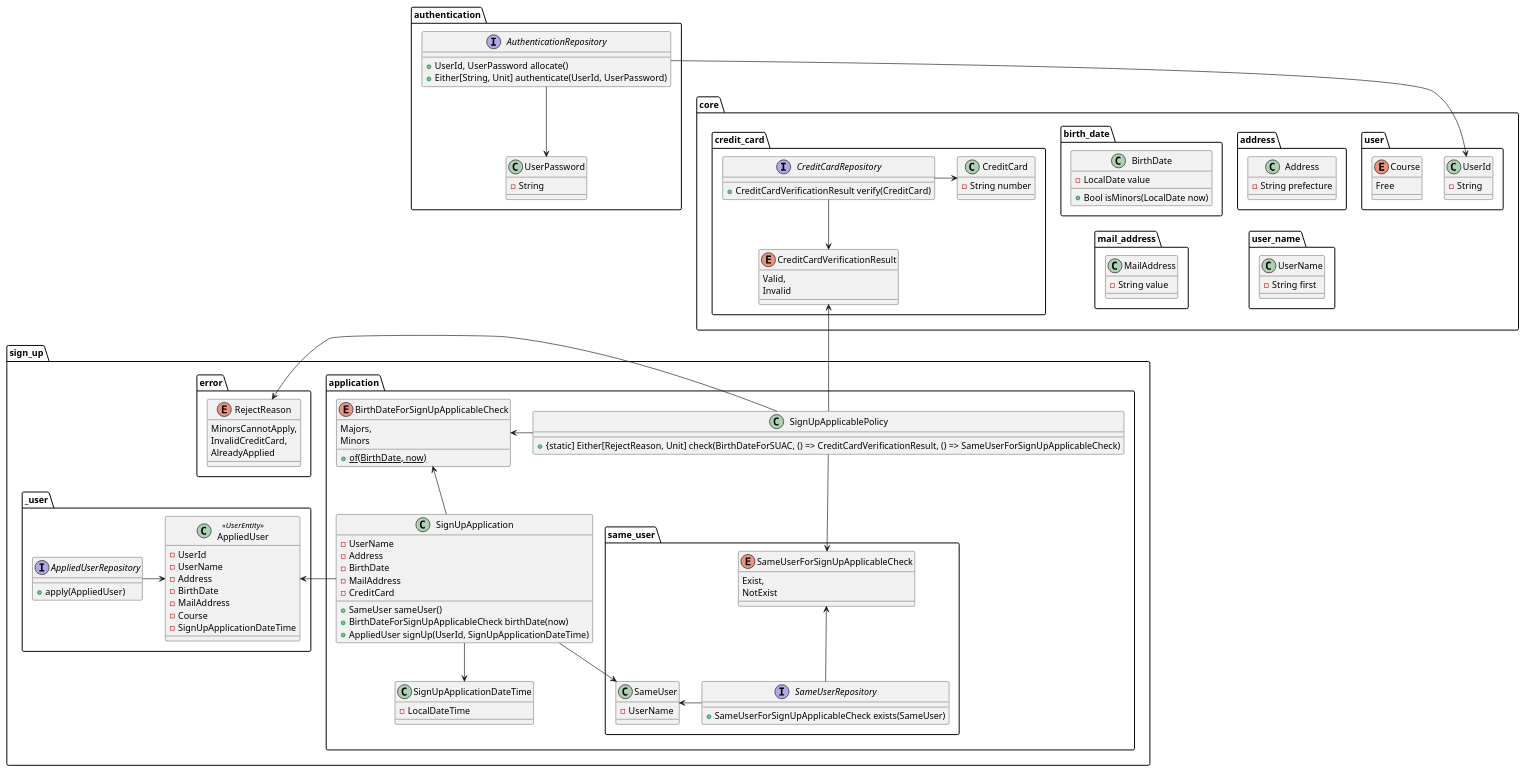
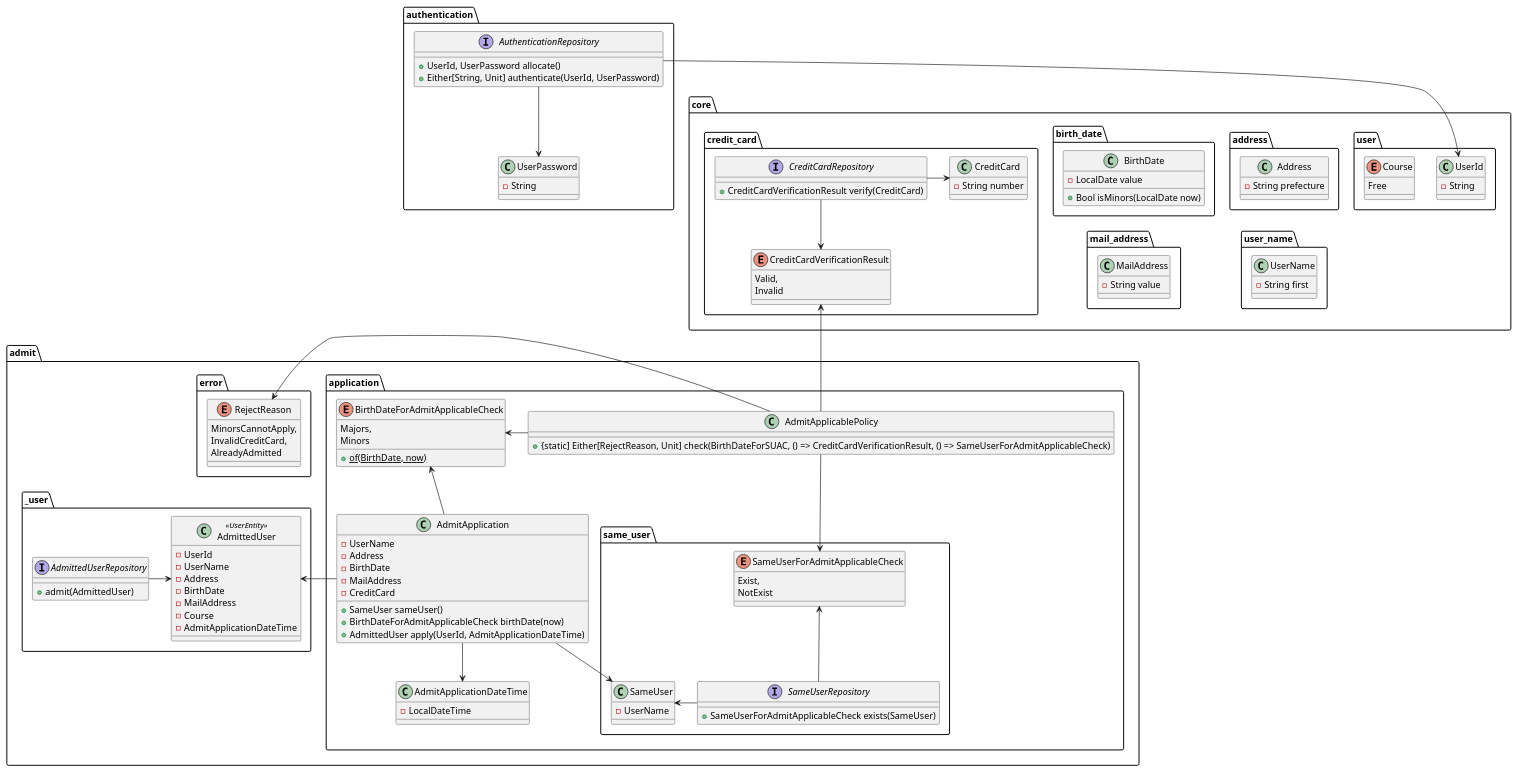
The diagram in 2017-10-scala/model/sign-up/application/domain.puml (suzuki-hoge/ddd-trial), drawn with PlantUML before and after one commit. The commit also changed 30 other files, not shown here.

```diff
--- a/2017-10-scala/model/sign-up/application/domain.puml
+++ b/2017-10-scala/model/sign-up/application/domain.puml
@@ -1,132 +1,132 @@
 @startuml
 
 package core {
   package user {
     class UserId {
       - String
     }
     enum Course {
       Free
     }
   }
   package user_name {
     class UserName {
       - String first
     }
   }
   package address {
     class Address {
       - String prefecture
     }
   }
   package birth_date {
     class BirthDate {
       - LocalDate value
       + Bool isMinors(LocalDate now)
     }
   }
   package mail_address {
     class MailAddress {
       - String value
     }
   }
   package credit_card {
     class CreditCard {
       - String number
     }
     enum CreditCardVerificationResult {
       Valid,
       Invalid
     }
     interface CreditCardRepository {
       + CreditCardVerificationResult verify(CreditCard)
     }
     CreditCardRepository -right-> CreditCard
     CreditCardRepository -down-> CreditCardVerificationResult
   }
   BirthDate -[hidden]down-> MailAddress
   Address -[hidden]down-> UserName
 }
 package authentication {
   class UserPassword {
     - String
   }
   interface AuthenticationRepository {
     + UserId, UserPassword allocate()
     + Either[String, Unit] authenticate(UserId, UserPassword)
   }
 }
 AuthenticationRepository --> UserId
 AuthenticationRepository --> UserPassword
-package sign_up {
+package admit {
   package application {
-    class SignUpApplication {
+    class AdmitApplication {
       - UserName
       - Address
       - BirthDate
       - MailAddress
       - CreditCard
       + SameUser sameUser()
-      + BirthDateForSignUpApplicableCheck birthDate(now)
-      + AppliedUser signUp(UserId, SignUpApplicationDateTime)
+      + BirthDateForAdmitApplicableCheck birthDate(now)
+      + AdmittedUser apply(UserId, AdmitApplicationDateTime)
     }
-    class SignUpApplicationDateTime {
+    class AdmitApplicationDateTime {
       - LocalDateTime
     }
-    enum BirthDateForSignUpApplicableCheck {
+    enum BirthDateForAdmitApplicableCheck {
       Majors,
       Minors
       + {static} of(BirthDate, now)
     }
     package same_user {
       class SameUser {
         - UserName
       }
-      enum SameUserForSignUpApplicableCheck {
+      enum SameUserForAdmitApplicableCheck {
         Exist,
         NotExist
       }
       interface SameUserRepository {
-        + SameUserForSignUpApplicableCheck exists(SameUser)
+        + SameUserForAdmitApplicableCheck exists(SameUser)
       }
       SameUserRepository -right-> SameUser
-      SameUserRepository -up-> SameUserForSignUpApplicableCheck
+      SameUserRepository -up-> SameUserForAdmitApplicableCheck
     }
-    class SignUpApplicablePolicy {
-      + {static] Either[RejectReason, Unit] check(BirthDateForSUAC, () => CreditCardVerificationResult, () => SameUserForSignUpApplicableCheck)
+    class AdmitApplicablePolicy {
+      + {static] Either[RejectReason, Unit] check(BirthDateForSUAC, () => CreditCardVerificationResult, () => SameUserForAdmitApplicableCheck)
     }
-    SignUpApplicablePolicy -up-> CreditCardVerificationResult
-    SignUpApplicablePolicy -left-> BirthDateForSignUpApplicableCheck
-    SignUpApplicablePolicy -down-> SameUserForSignUpApplicableCheck
+    AdmitApplicablePolicy -up-> CreditCardVerificationResult
+    AdmitApplicablePolicy -left-> BirthDateForAdmitApplicableCheck
+    AdmitApplicablePolicy -down-> SameUserForAdmitApplicableCheck
 
-    SignUpApplication --> SameUser
-    SignUpApplication -up-> BirthDateForSignUpApplicableCheck
-    SignUpApplication --> SignUpApplicationDateTime
+    AdmitApplication --> SameUser
+    AdmitApplication -up-> BirthDateForAdmitApplicableCheck
+    AdmitApplication --> AdmitApplicationDateTime
   }
   package _user {
-    class AppliedUser<<UserEntity>> {
+    class AdmittedUser<<UserEntity>> {
       - UserId
       - UserName
       - Address
       - BirthDate
       - MailAddress
       - Course
-      - SignUpApplicationDateTime
+      - AdmitApplicationDateTime
     }
-    interface AppliedUserRepository {
-      + apply(AppliedUser)
+    interface AdmittedUserRepository {
+      + admit(AdmittedUser)
     }
-    AppliedUserRepository -right-> AppliedUser
+    AdmittedUserRepository -right-> AdmittedUser
   }
-  SignUpApplication -left-> AppliedUser
+  AdmitApplication -left-> AdmittedUser
   package error {
     enum RejectReason {
       MinorsCannotApply,
       InvalidCreditCard,
-      AlreadyApplied
+      AlreadyAdmitted
     }
   }
-  SignUpApplicablePolicy -right-> RejectReason
+  AdmitApplicablePolicy -right-> RejectReason
 }
 
 @enduml
```
